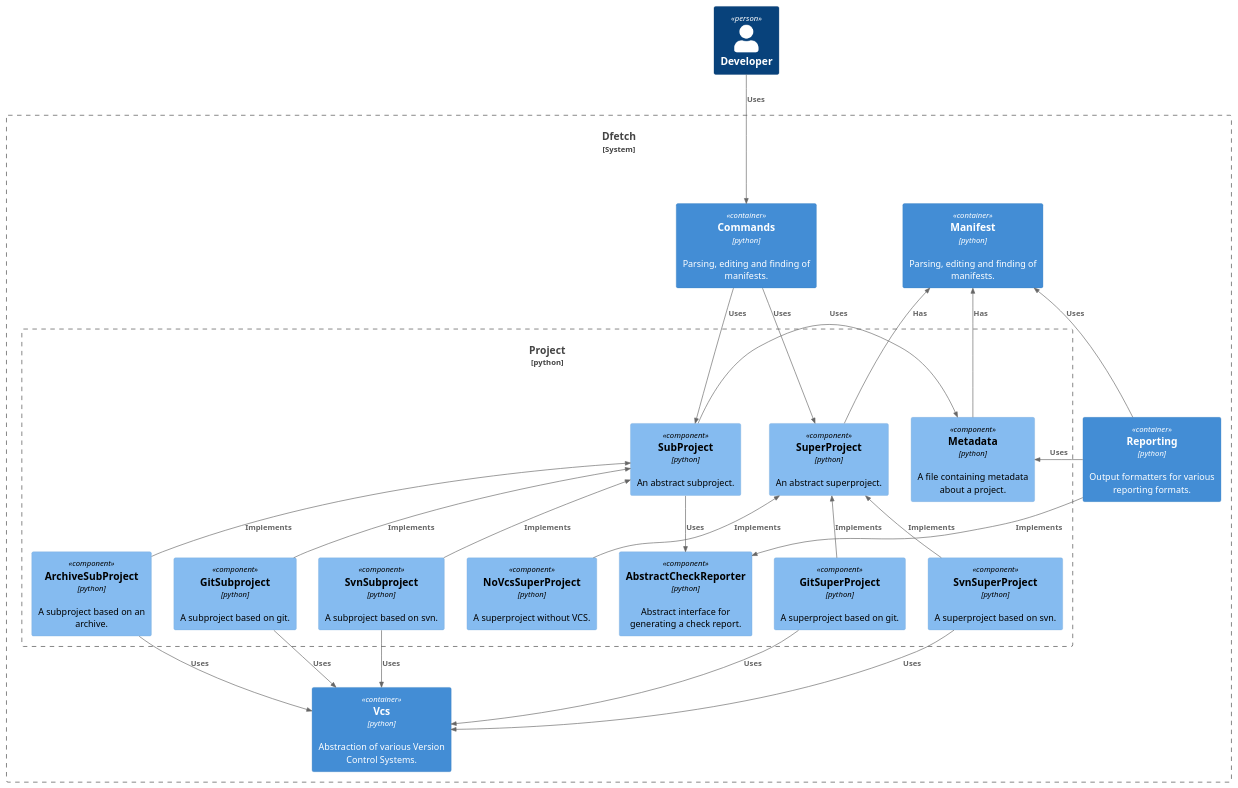
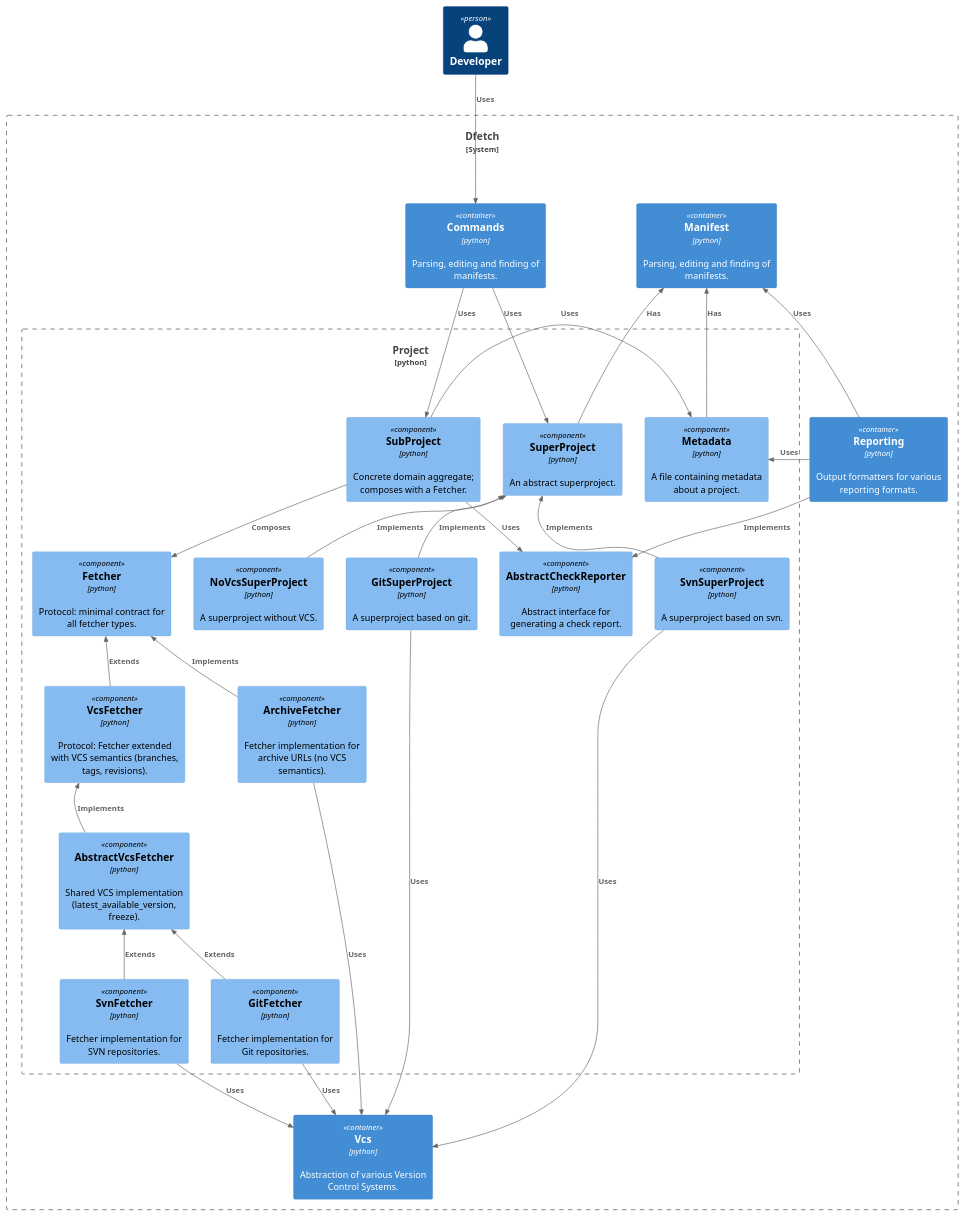
Before and after one commit to dfetch-org/dfetch: the diagram in doc/static/uml/c3_dfetch_components_project.puml, drawn with PlantUML. The commit also changed 1 other file, not shown here.

Commit message:
docs: update architecture diagram and AGENTS.md for composition refactoring
Replace the old SubProject inheritance model (ArchiveSubProject/GitSubproject/
SvnSubproject each implementing abstract SubProject) with the new composition
design: SubProject composes with a Fetcher; Fetcher and VcsFetcher as protocols;
AbstractVcsFetcher as shared ABC; GitFetcher and SvnFetcher implementing
VcsFetcher; ArchiveFetcher implementing Fetcher only.

Update AGENTS.md to describe the concrete SubProject aggregate and direct
developers to implement Fetcher/VcsFetcher protocols when adding new backends.

https://claude.ai/code/session_01BMSF8XFAxV6hABQgL7RZ3z

```diff
--- a/doc/static/uml/c3_dfetch_components_project.puml
+++ b/doc/static/uml/c3_dfetch_components_project.puml
@@ -1,55 +1,62 @@
 @startuml
 
 !include https://raw.githubusercontent.com/plantuml-stdlib/C4-PlantUML/master/C4_Component.puml
 
 Person(user, "Developer")
 
 System_Boundary(DFetch, "Dfetch") {
 
     Container(contCommands, "Commands", "python", "Parsing, editing and finding of manifests.")
 
     Container(contManifest, "Manifest", "python", "Parsing, editing and finding of manifests.")
     Boundary(DfetchProject, "Project", "python", "Main project that has a manifest.") {
 
         Component(compAbstractCheckReporter, "AbstractCheckReporter", "python", "Abstract interface for generating a check report.")
-        Component(compArchiveSub, "ArchiveSubProject", "python", "A subproject based on an archive.")
-        Component(compGitSub, "GitSubproject", "python", "A subproject based on git.")
+        Component(compSubProject, "SubProject", "python", "Concrete domain aggregate; composes with a Fetcher.")
+        Component(compFetcher, "Fetcher", "python", "Protocol: minimal contract for all fetcher types.")
+        Component(compVcsFetcher, "VcsFetcher", "python", "Protocol: Fetcher extended with VCS semantics (branches, tags, revisions).")
+        Component(compAbstractVcsFetcher, "AbstractVcsFetcher", "python", "Shared VCS implementation (latest_available_version, freeze).")
+        Component(compGitFetcher, "GitFetcher", "python", "Fetcher implementation for Git repositories.")
+        Component(compSvnFetcher, "SvnFetcher", "python", "Fetcher implementation for SVN repositories.")
+        Component(compArchiveFetcher, "ArchiveFetcher", "python", "Fetcher implementation for archive URLs (no VCS semantics).")
         Component(compMetadata, "Metadata", "python", "A file containing metadata about a project.")
-        Component(compSvnSub, "SvnSubproject", "python", "A subproject based on svn.")
-        Component(compSubProject, "SubProject", "python", "An abstract subproject.")
         Component(compSuperProject, "SuperProject", "python", "An abstract superproject.")
         Component(compGitSuper, "GitSuperProject", "python", "A superproject based on git.")
         Component(compSvnSuper, "SvnSuperProject", "python", "A superproject based on svn.")
         Component(compNoVcsSuper, "NoVcsSuperProject", "python", "A superproject without VCS.")
 
-        Rel_U(compArchiveSub, compSubProject, "Implements")
-        Rel_U(compGitSub, compSubProject, "Implements")
-        Rel_U(compSvnSub, compSubProject, "Implements")
+        Rel(compSubProject, compFetcher, "Composes")
         Rel(compSubProject, compAbstractCheckReporter, "Uses")
         Rel_L(compSubProject, compMetadata, "Uses")
+
+        Rel_U(compVcsFetcher, compFetcher, "Extends")
+        Rel_U(compAbstractVcsFetcher, compVcsFetcher, "Implements")
+        Rel_U(compGitFetcher, compAbstractVcsFetcher, "Extends")
+        Rel_U(compSvnFetcher, compAbstractVcsFetcher, "Extends")
+        Rel_U(compArchiveFetcher, compFetcher, "Implements")
 
         Rel_U(compGitSuper, compSuperProject, "Implements")
         Rel_U(compSvnSuper, compSuperProject, "Implements")
         Rel_U(compNoVcsSuper, compSuperProject, "Implements")
     }
 
     Container(contVcs, "Vcs", "python", "Abstraction of various Version Control Systems.")
     Container(contReporting, "Reporting", "python", "Output formatters for various reporting formats.")
 
     Rel(contCommands, compSuperProject, "Uses")
     Rel(contCommands, compSubProject, "Uses")
     Rel(contReporting, compAbstractCheckReporter, "Implements")
     Rel_R(contReporting, compMetadata, "Uses")
     Rel_U(compMetadata, contManifest, "Has")
     Rel(compSuperProject, contManifest, "Has")
     Rel_U(contReporting, contManifest, "Uses")
-    Rel(compArchiveSub, contVcs, "Uses")
-    Rel(compGitSub, contVcs, "Uses")
-    Rel(compSvnSub, contVcs, "Uses")
+    Rel(compGitFetcher, contVcs, "Uses")
+    Rel(compSvnFetcher, contVcs, "Uses")
+    Rel(compArchiveFetcher, contVcs, "Uses")
     Rel(compGitSuper, contVcs, "Uses")
     Rel(compSvnSuper, contVcs, "Uses")
 }
 
 Rel(user, contCommands, "Uses")
 
 @enduml
```
